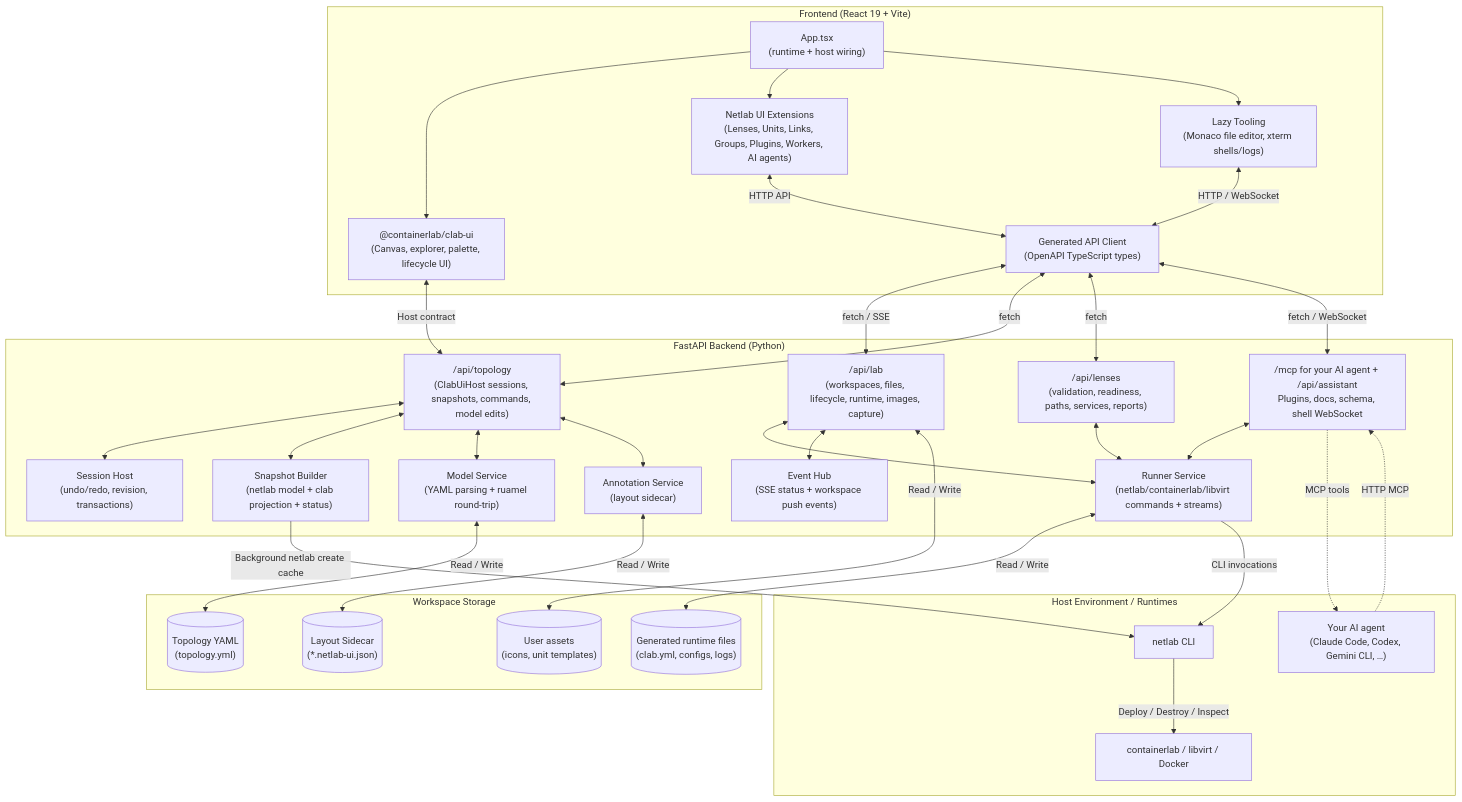
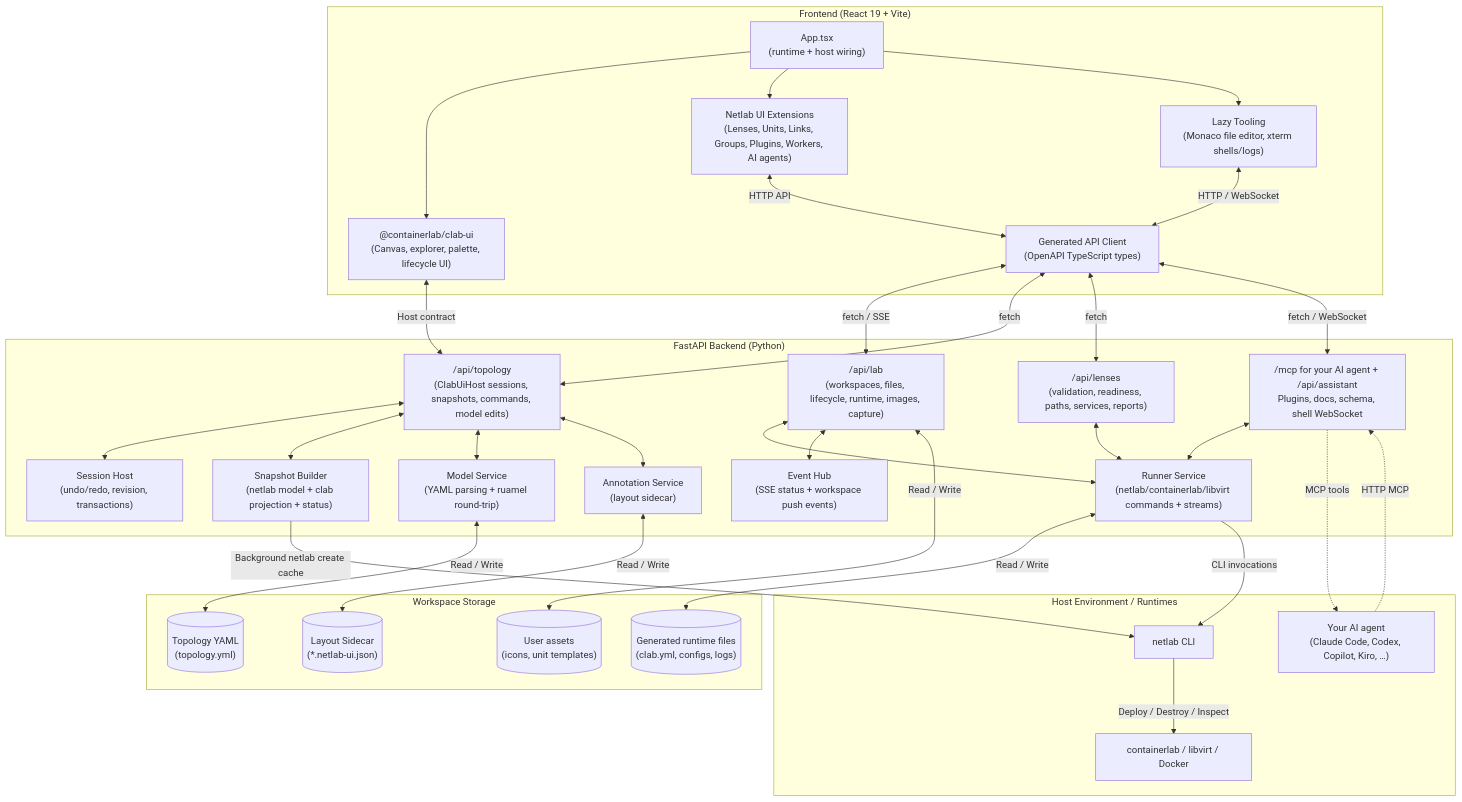
Before and after one commit to Muddyblack/netlab-ui: the first of 2 diagrams in docs/architecture.md, drawn with Mermaid. The commit also changed 181 other files, not shown here.

````diff
--- a/docs/architecture.md
+++ b/docs/architecture.md
@@ -14,67 +14,67 @@
 ```mermaid
 flowchart TD
     subgraph Frontend ["Frontend (React 19 + Vite)"]
         App["App.tsx<br>(runtime + host wiring)"]
         Canvas["@containerlab/clab-ui<br>(Canvas, explorer, palette, lifecycle UI)"]
         Panels["Netlab UI Extensions<br>(Lenses, Units, Links, Groups, Plugins, Workers, AI agents)"]
         Editor["Lazy Tooling<br>(Monaco file editor, xterm shells/logs)"]
         Client["Generated API Client<br>(OpenAPI TypeScript types)"]
     end
 
     subgraph Backend ["FastAPI Backend (Python)"]
         Contract["/api/topology<br>(ClabUiHost sessions, snapshots, commands, model edits)"]
         Lab["/api/lab<br>(workspaces, files, lifecycle, runtime, images, capture)"]
         Lenses["/api/lenses<br>(validation, readiness, paths, services, reports)"]
         Extras["/mcp for your AI agent + /api/assistant<br>Plugins, docs, schema, shell WebSocket"]
         HostState["Session Host<br>(undo/redo, revision, transactions)"]
         Snapshot["Snapshot Builder<br>(netlab model + clab projection + status)"]
         Model["Model Service<br>(YAML parsing + ruamel round-trip)"]
         Annotations["Annotation Service<br>(layout sidecar)"]
         Runner["Runner Service<br>(netlab/containerlab/libvirt commands + streams)"]
         Events["Event Hub<br>(SSE status + workspace push events)"]
     end
 
     subgraph Host ["Host Environment / Runtimes"]
         NetlabCLI["netlab CLI"]
         Providers["containerlab / libvirt / Docker"]
-        AgentCLI["Your AI agent<br>(Claude Code, Codex, Gemini CLI, …)"]
+        AgentCLI["Your AI agent<br>(Claude Code, Codex, Copilot, Kiro, …)"]
     end
 
     subgraph Storage ["Workspace Storage"]
         NetlabYAML[("Topology YAML<br>(topology.yml)")]
         Sidecar[("Layout Sidecar<br>(*.netlab-ui.json)")]
         RuntimeFiles[("Generated runtime files<br>(clab.yml, configs, logs)")]
         IconsUnits[("User assets<br>(icons, unit templates)")]
     end
 
     App --> Canvas
     App --> Panels
     App --> Editor
     Canvas <-->|Host contract| Contract
     Panels <-->|HTTP API| Client
     Editor <-->|HTTP / WebSocket| Client
     Client <-->|fetch / SSE| Lab
     Client <-->|fetch| Contract
     Client <-->|fetch| Lenses
     Client <-->|fetch / WebSocket| Extras
 
     Contract <--> HostState
     Contract <--> Snapshot
     Contract <--> Model
     Contract <--> Annotations
     Lab <--> Runner
     Lab <--> Events
     Lenses <--> Runner
     Extras <--> Runner
 
     Annotations <-->|Read / Write| Sidecar
     Model <-->|Read / Write| NetlabYAML
     Runner <-->|Read / Write| RuntimeFiles
     Lab <-->|Read / Write| IconsUnits
 
     Runner -->|CLI invocations| NetlabCLI
     NetlabCLI -->|Deploy / Destroy / Inspect| Providers
     Snapshot -->|Background netlab create cache| NetlabCLI
     Extras -.->|MCP tools| AgentCLI
     AgentCLI -.->|HTTP MCP| Extras
 ```
````
